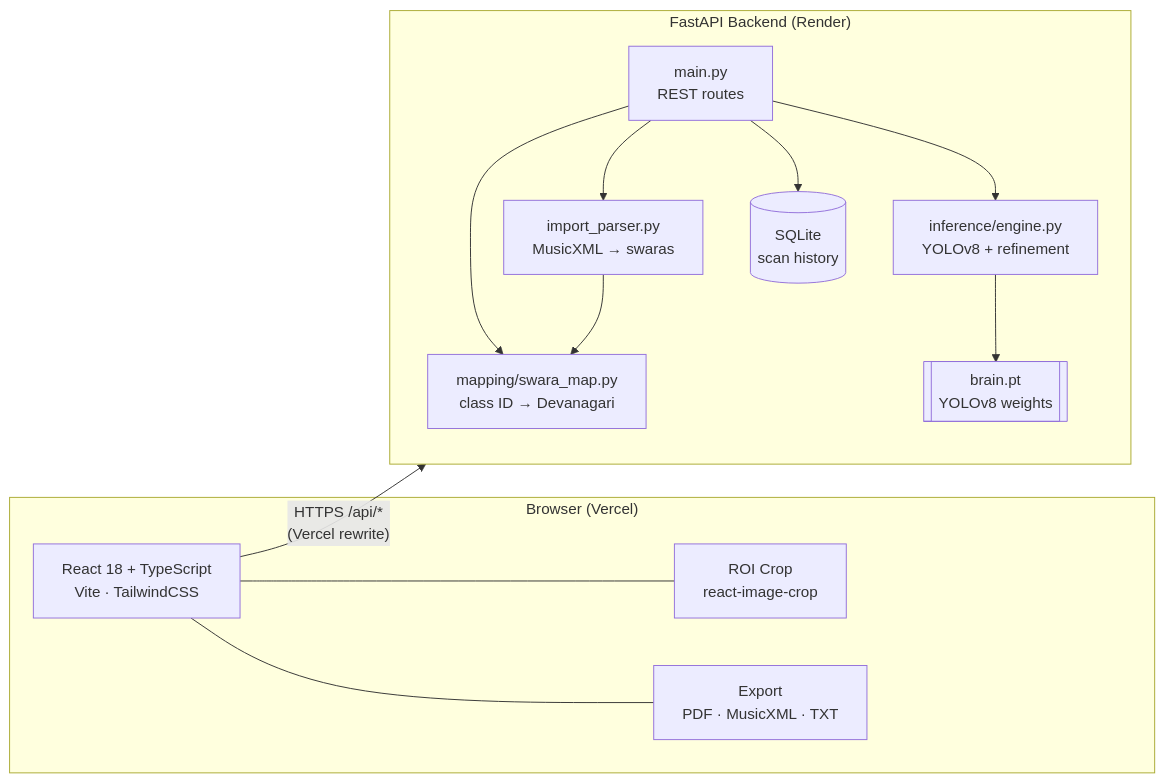
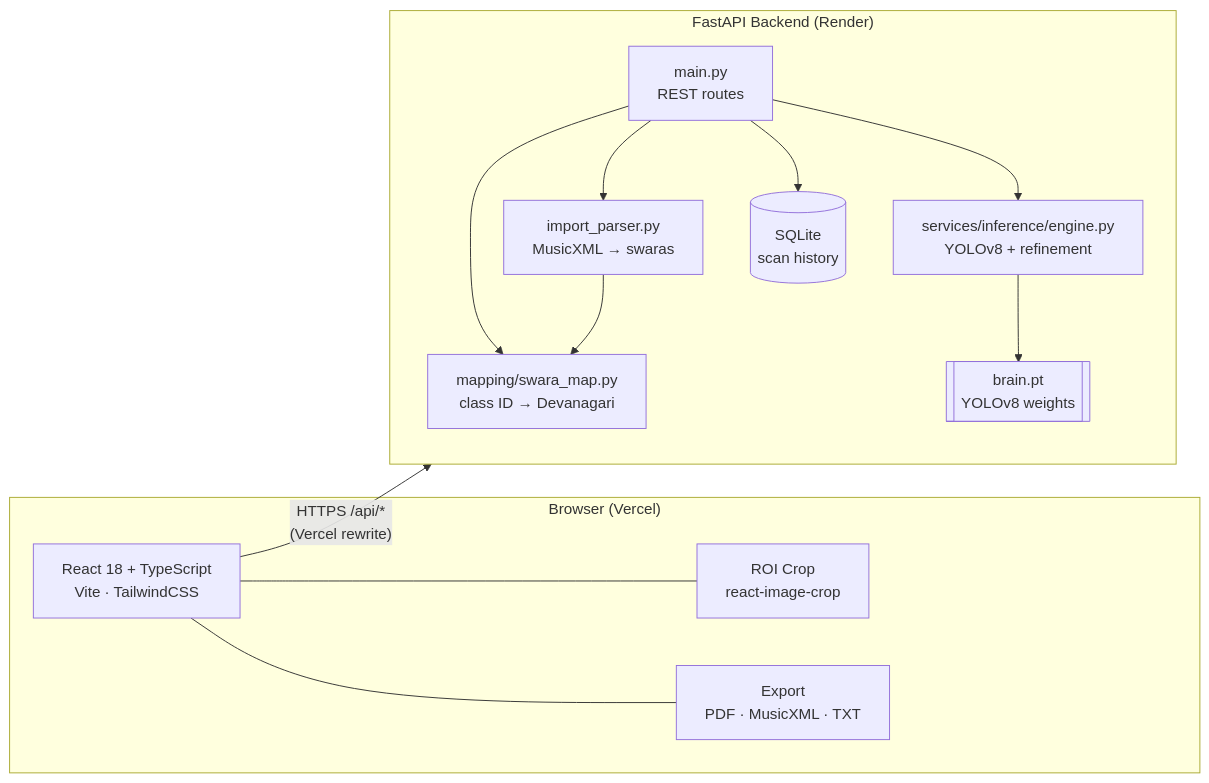
Before and after one commit to Kaifkhurshid7/swara-detection: the first of 5 diagrams in README.md, drawn with Mermaid. The commit also changed other lines of this file and 1365 other files, not shown here.

````diff
--- a/README.md
+++ b/README.md
@@ -98,28 +98,28 @@
 ```mermaid
 flowchart LR
     subgraph Client["Browser (Vercel)"]
         UI["React 18 + TypeScript<br/>Vite · TailwindCSS"]
         Crop["ROI Crop<br/>react-image-crop"]
         Exp["Export<br/>PDF · MusicXML · TXT"]
         UI --- Crop
         UI --- Exp
     end
 
     subgraph Server["FastAPI Backend (Render)"]
         direction TB
         API["main.py<br/>REST routes"]
-        ENG["inference/engine.py<br/>YOLOv8 + refinement"]
+        ENG["services/inference/engine.py<br/>YOLOv8 + refinement"]
         MAP["mapping/swara_map.py<br/>class ID → Devanagari"]
         PARSE["import_parser.py<br/>MusicXML → swaras"]
         DB[("SQLite<br/>scan history")]
         MODEL[["brain.pt<br/>YOLOv8 weights"]]
         API --> ENG
         API --> MAP
         API --> PARSE
         API --> DB
         ENG --> MODEL
         PARSE --> MAP
     end
 
     UI -- "HTTPS /api/*<br/>(Vercel rewrite)" --> API
 ```
````
